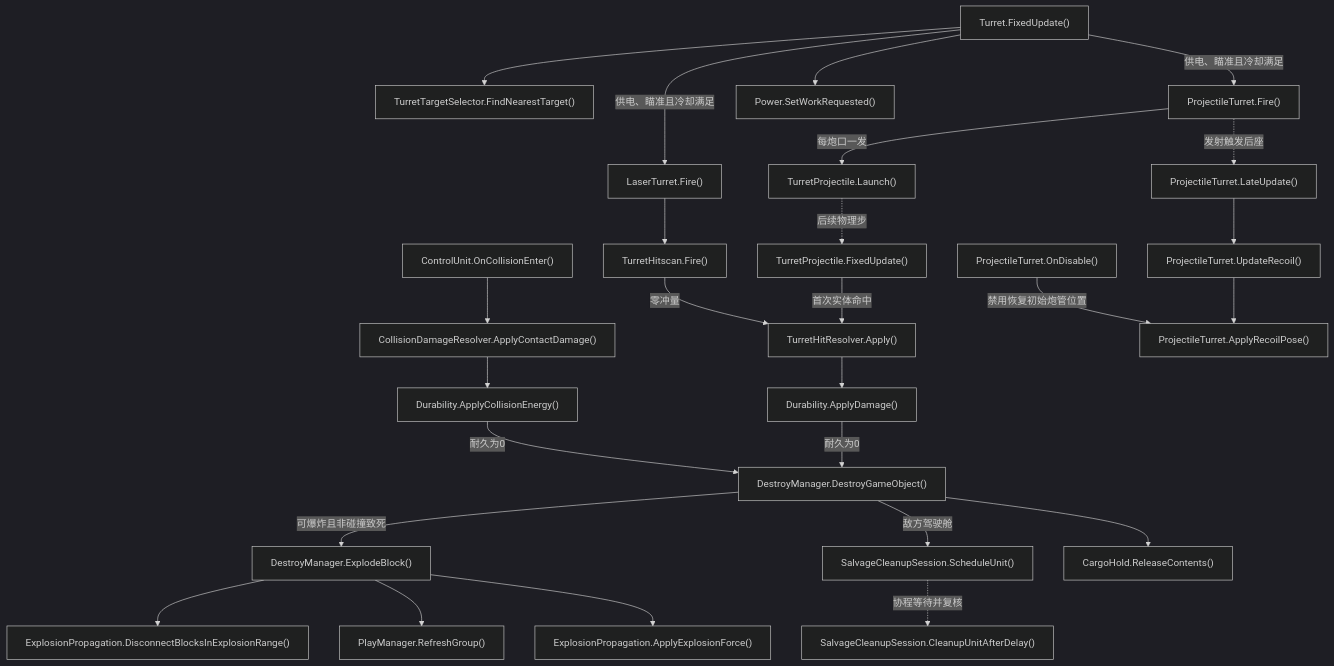
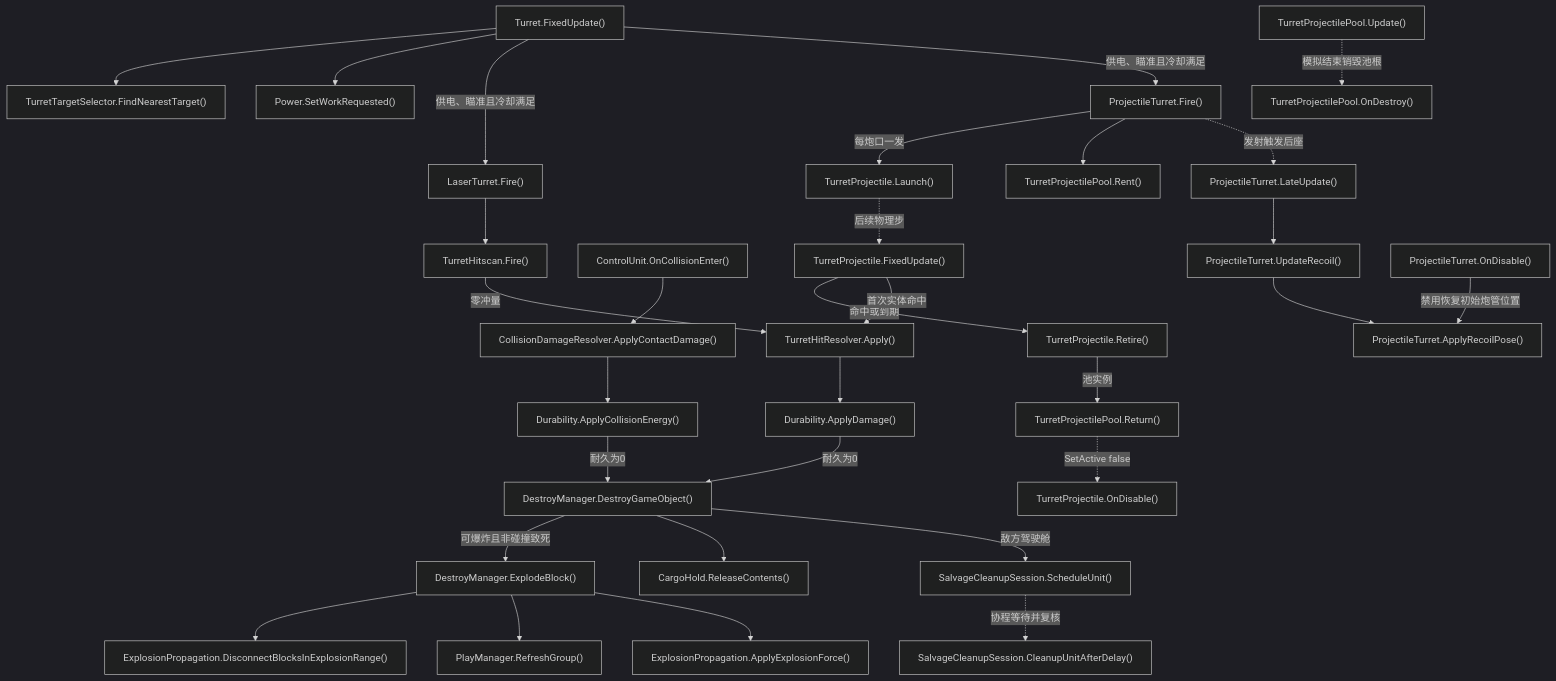
The seventh of 10 diagrams in Docs/RuntimeFlow.md (kukudia/HY-Sandbox), drawn with Mermaid (dark theme) before and after one commit. The commit also changed other lines of this file and 31 other files, not shown here.

```diff
--- a/Docs/RuntimeFlow.md
+++ b/Docs/RuntimeFlow.md
@@ -634,9 +660,9 @@
     Q["ProjectileTurret.Fire()"]
     click Q "../Assets/Scripts/Features/Combat/ProjectileTurret.cs#L113" "打开源码"
     R["TurretProjectile.Launch()"]
-    click R "../Assets/Scripts/Features/Combat/TurretProjectile.cs#L33" "打开源码"
+    click R "../Assets/Scripts/Features/Combat/TurretProjectile.cs#L63" "打开源码"
     S["TurretProjectile.FixedUpdate()"]
-    click S "../Assets/Scripts/Features/Combat/TurretProjectile.cs#L62" "打开源码"
+    click S "../Assets/Scripts/Features/Combat/TurretProjectile.cs#L96" "打开源码"
     T["TurretHitResolver.Apply()"]
     click T "../Assets/Scripts/Features/Combat/TurretHitResolver.cs#L7" "打开源码"
     U["Power.SetWorkRequested()"]
@@ -649,12 +675,29 @@
     click X "../Assets/Scripts/Features/Combat/ProjectileTurret.cs#L84" "打开源码"
     Y["ProjectileTurret.OnDisable()"]
     click Y "../Assets/Scripts/Features/Combat/ProjectileTurret.cs#L105" "打开源码"
+    Z["TurretProjectilePool.Rent()"]
+    click Z "../Assets/Scripts/Features/Combat/TurretProjectilePool.cs#L11" "打开源码"
+    AA["TurretProjectile.Retire()"]
+    click AA "../Assets/Scripts/Features/Combat/TurretProjectile.cs#L222" "打开源码"
+    AB["TurretProjectilePool.Return()"]
+    click AB "../Assets/Scripts/Features/Combat/TurretProjectilePool.cs#L44" "打开源码"
+    AC["TurretProjectile.OnDisable()"]
+    click AC "../Assets/Scripts/Features/Combat/TurretProjectile.cs#L31" "打开源码"
+    AD["TurretProjectilePool.Update()"]
+    click AD "../Assets/Scripts/Features/Combat/TurretProjectilePool.cs#L57" "打开源码"
+    AE["TurretProjectilePool.OnDestroy()"]
+    click AE "../Assets/Scripts/Features/Combat/TurretProjectilePool.cs#L65" "打开源码"
     A --> B
     A --> U
     A -->|供电、瞄准且冷却满足| P
     P --> C
     A -->|供电、瞄准且冷却满足| Q
     Q -->|每炮口一发| R
+    Q --> Z
+    S -->|命中或到期| AA
+    AA -->|池实例| AB
+    AB -.->|SetActive false| AC
+    AD -.->|模拟结束销毁池根| AE
     Q -.->|发射触发后座| V
     V --> W
     W --> X
```
